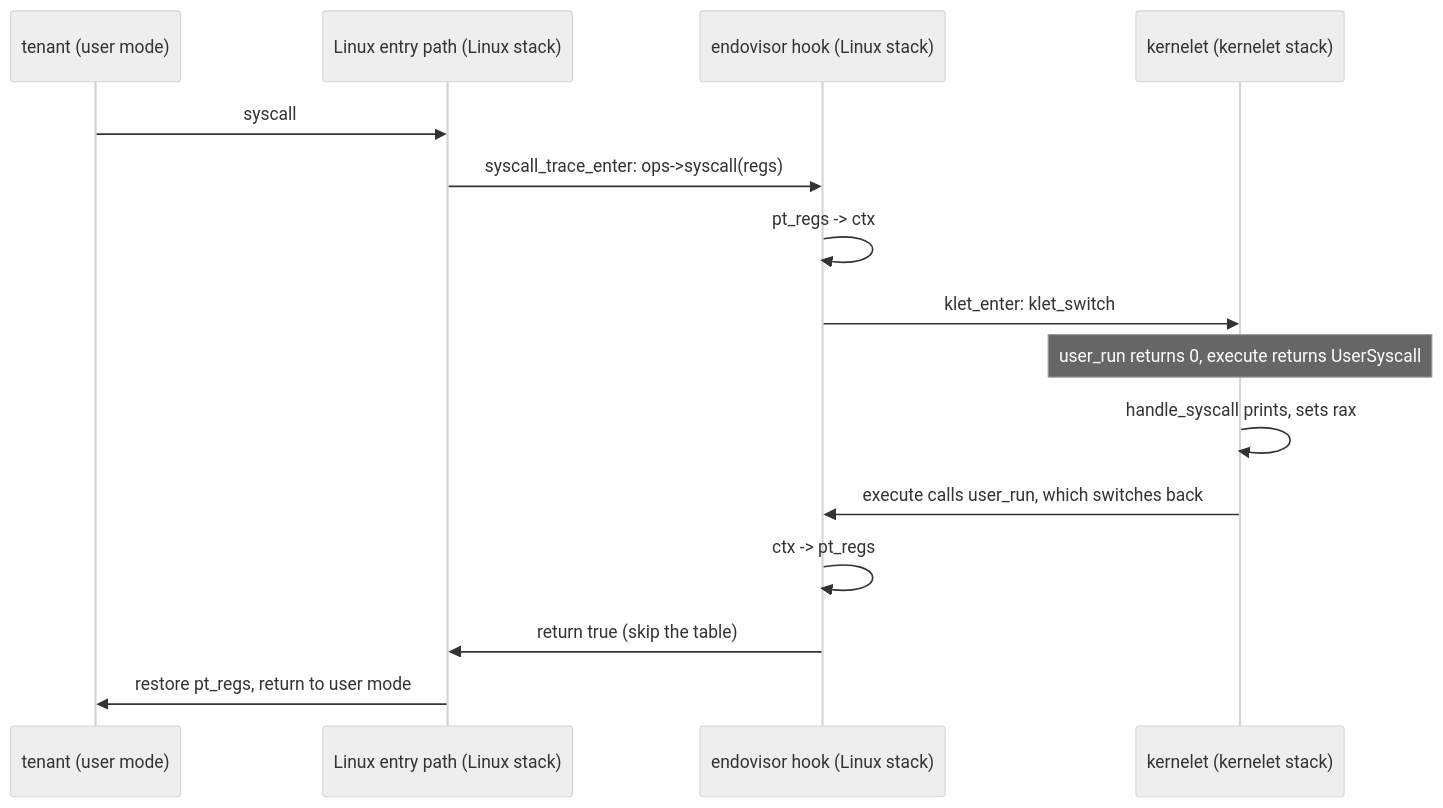
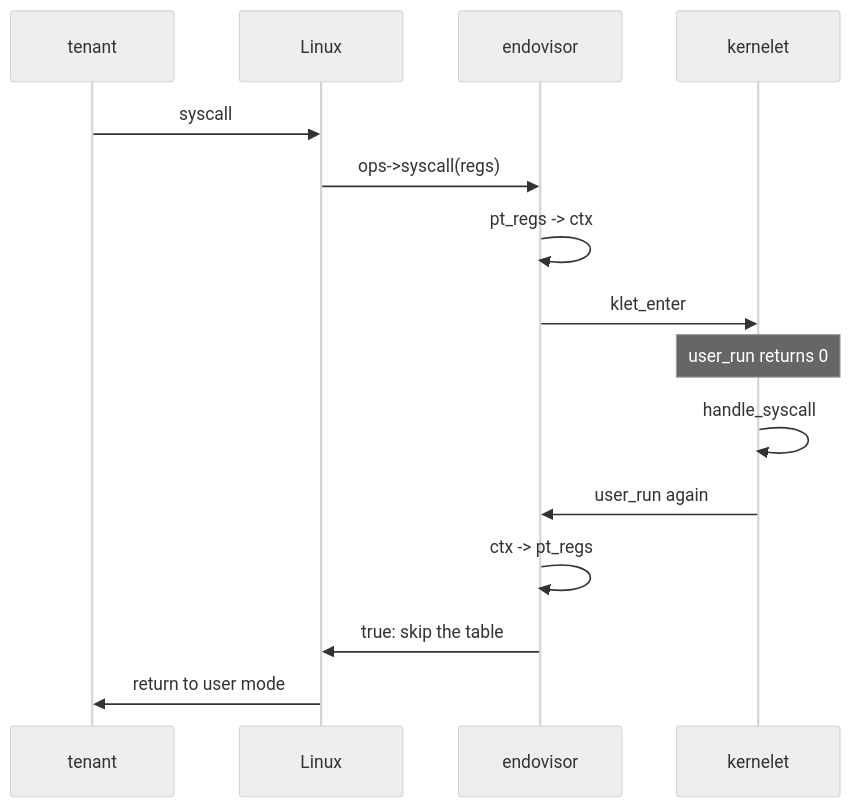
Before and after one commit to Plucky923/kernelet: the diagram in src/into-user-mode-and-back.md, drawn with Mermaid (neutral theme). The commit also changed other lines of this file and 32 other files, not shown here.

````diff
--- a/src/into-user-mode-and-back.md
+++ b/src/into-user-mode-and-back.md
@@ -128,17 +130,17 @@
 ```mermaid
 sequenceDiagram
-    participant U as tenant (user mode)
-    participant L as Linux entry path (Linux stack)
-    participant E as endovisor hook (Linux stack)
-    participant K as kernelet (kernelet stack)
+    participant U as tenant
+    participant L as Linux
+    participant E as endovisor
+    participant K as kernelet
     U->>L: syscall
-    L->>E: syscall_trace_enter: ops->syscall(regs)
+    L->>E: ops->syscall(regs)
     E->>E: pt_regs -> ctx
-    E->>K: klet_enter: klet_switch
-    Note over K: user_run returns 0, execute returns UserSyscall
-    K->>K: handle_syscall prints, sets rax
-    K->>E: execute calls user_run, which switches back
+    E->>K: klet_enter
+    Note over K: user_run returns 0
+    K->>K: handle_syscall
+    K->>E: user_run again
     E->>E: ctx -> pt_regs
-    E->>L: return true (skip the table)
-    L->>U: restore pt_regs, return to user mode
+    E->>L: true: skip the table
+    L->>U: return to user mode
 ```
````
